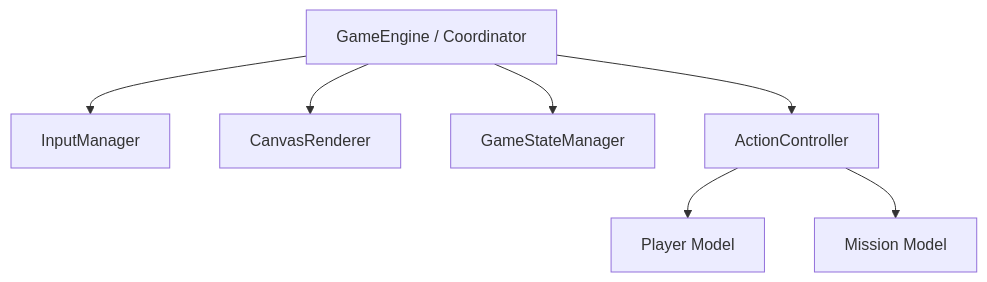
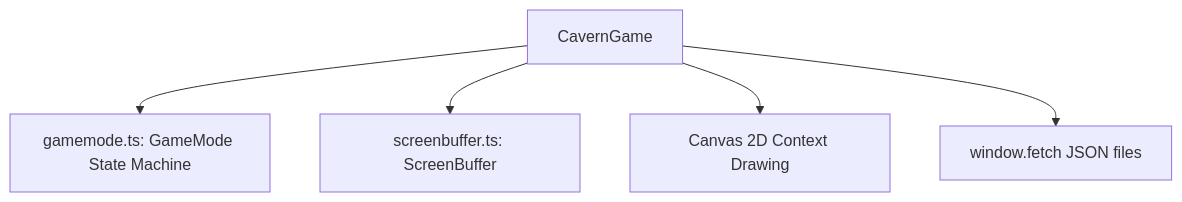
The diagram in engine_refactoring_plan.md (wfwalker/cavern-and-glen), drawn with Mermaid before and after one commit. The commit also changed other lines of this file, not shown here.

````diff
--- a/engine_refactoring_plan.md
+++ b/engine_refactoring_plan.md
@@ -23,9 +13,7 @@
 ```mermaid
 graph TD
-    A[GameEngine / Coordinator] --> B[InputManager]
-    A --> C[CanvasRenderer]
-    A --> D[GameStateManager]
-    A --> E[ActionController]
-    E --> F[Player Model]
-    E --> G[Mission Model]
+    A[CavernGame] --> B[gamemode.ts: GameMode State Machine]
+    A --> C[screenbuffer.ts: ScreenBuffer]
+    A --> D[Canvas 2D Context Drawing]
+    A --> E[window.fetch JSON files]
 ```
````
